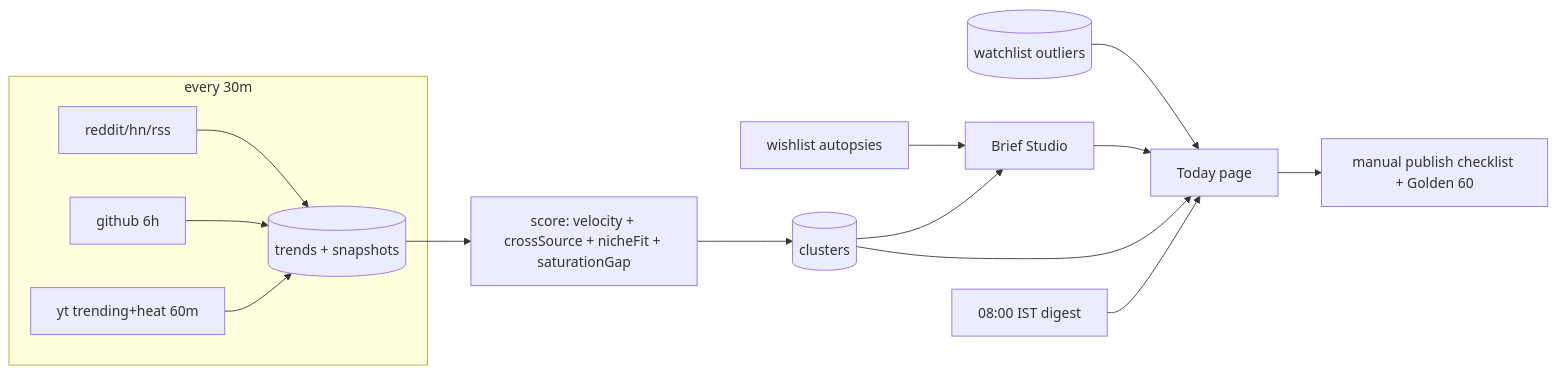
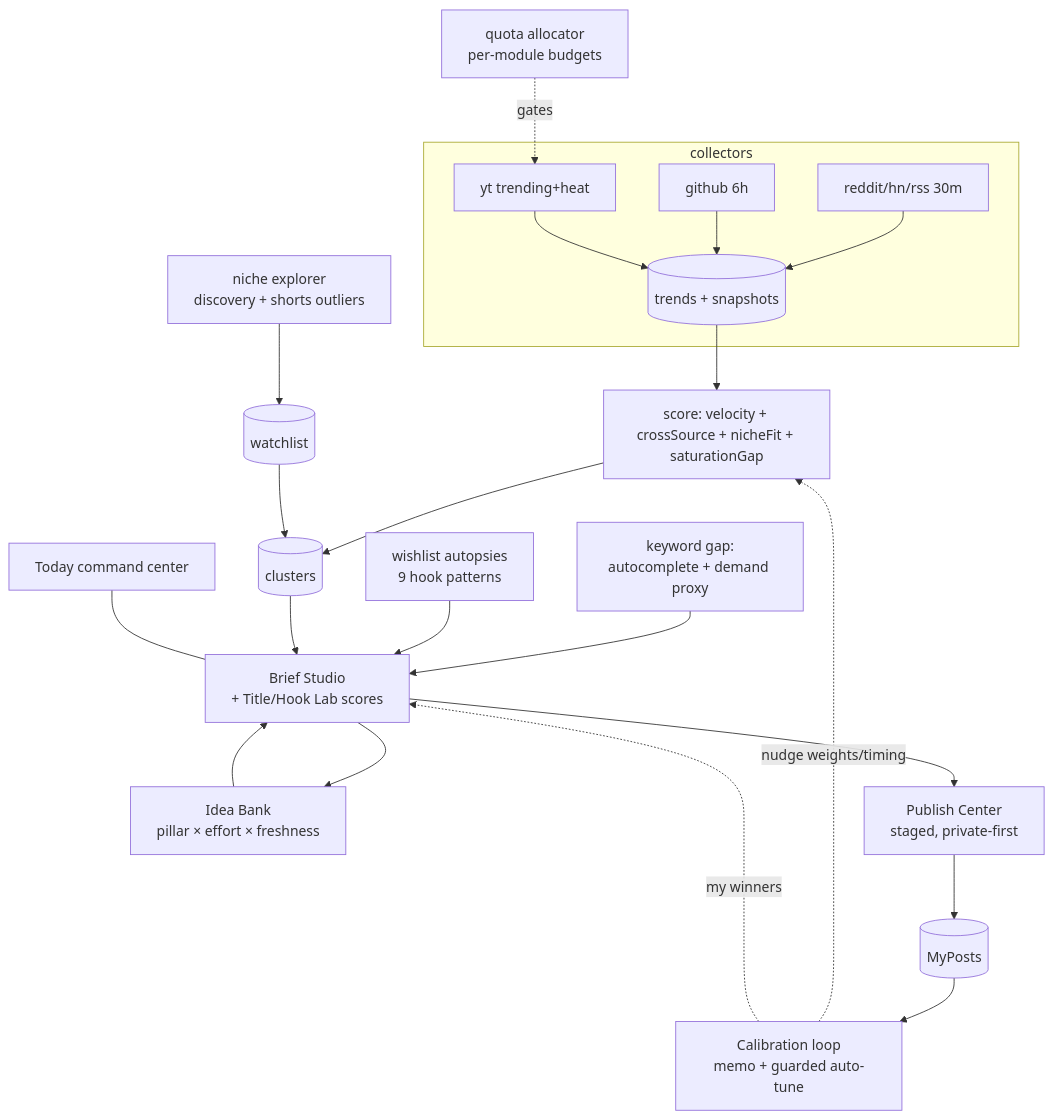
The diagram in README.md (Giri-Suman/content-factory), drawn with Mermaid before and after one commit. The commit also changed other lines of this file and 8 other files, not shown here.

````diff
--- a/README.md
+++ b/README.md
@@ -80,17 +81,24 @@
 ```mermaid
-flowchart LR
-  subgraph collect [every 30m]
-    R[reddit/hn/rss] --> DB[(trends + snapshots)]
+flowchart TB
+  subgraph in [collectors]
+    R[reddit/hn/rss 30m] --> DB[(trends + snapshots)]
     G[github 6h] --> DB
-    Y[yt trending+heat 60m] --> DB
+    Y[yt trending+heat] --> DB
   end
   DB --> S[score: velocity + crossSource + nicheFit + saturationGap]
   S --> C[(clusters)]
-  W[wishlist autopsies] --> B[Brief Studio]
+  KW[keyword gap:\nautocomplete + demand proxy] --> B
+  WL[wishlist autopsies\n9 hook patterns] --> B[Brief Studio\n+ Title/Hook Lab scores]
   C --> B
-  YW[(watchlist outliers)] --> T[Today page]
-  B --> T
-  C --> T
-  D[08:00 IST digest] --> T
-  T --> M[manual publish checklist + Golden 60]
+  NE[niche explorer\ndiscovery + shorts outliers] --> WCH[(watchlist)]
+  WCH --> C
+  B --> IB[Idea Bank\npillar × effort × freshness]
+  IB --> B
+  B --> PC[Publish Center\nstaged, private-first]
+  PC --> MP[(MyPosts)]
+  MP --> CAL[Calibration loop\nmemo + guarded auto-tune]
+  CAL -.nudge weights/timing.-> S
+  CAL -.my winners.-> B
+  ALLOC[quota allocator\nper-module budgets] -.gates.-> Y
+  T[Today command center] --- B
 ```
````
